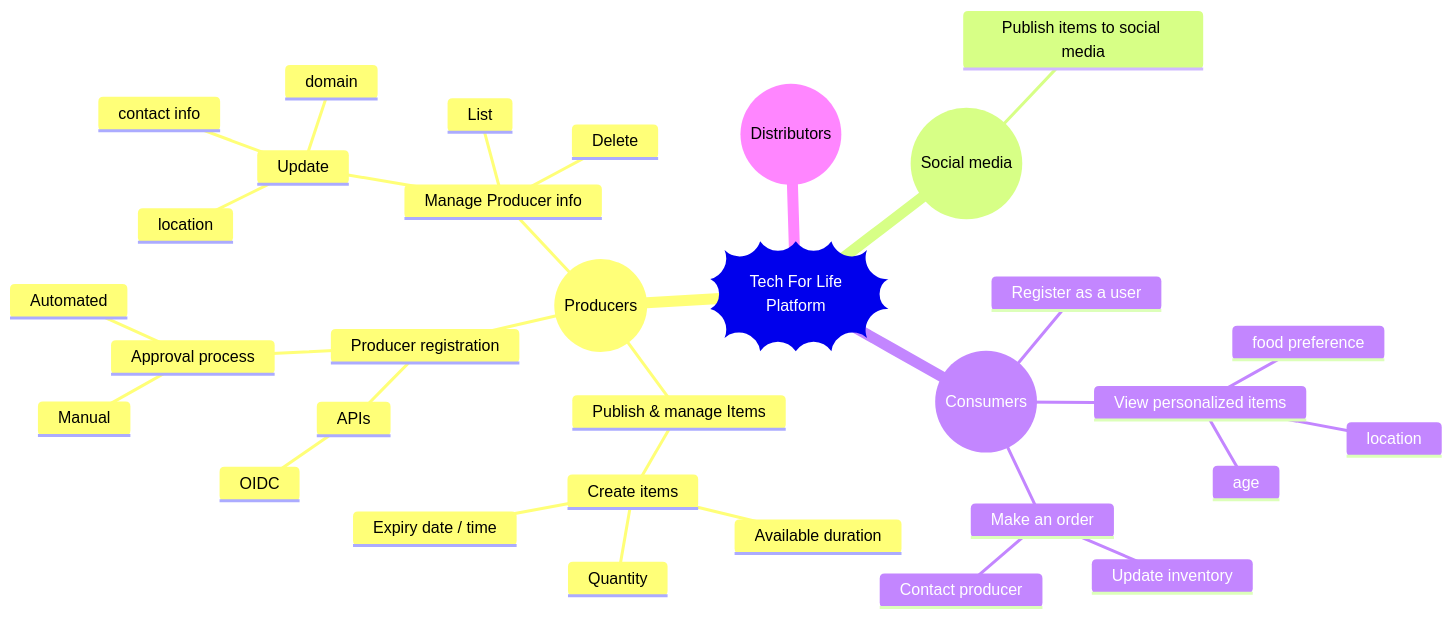
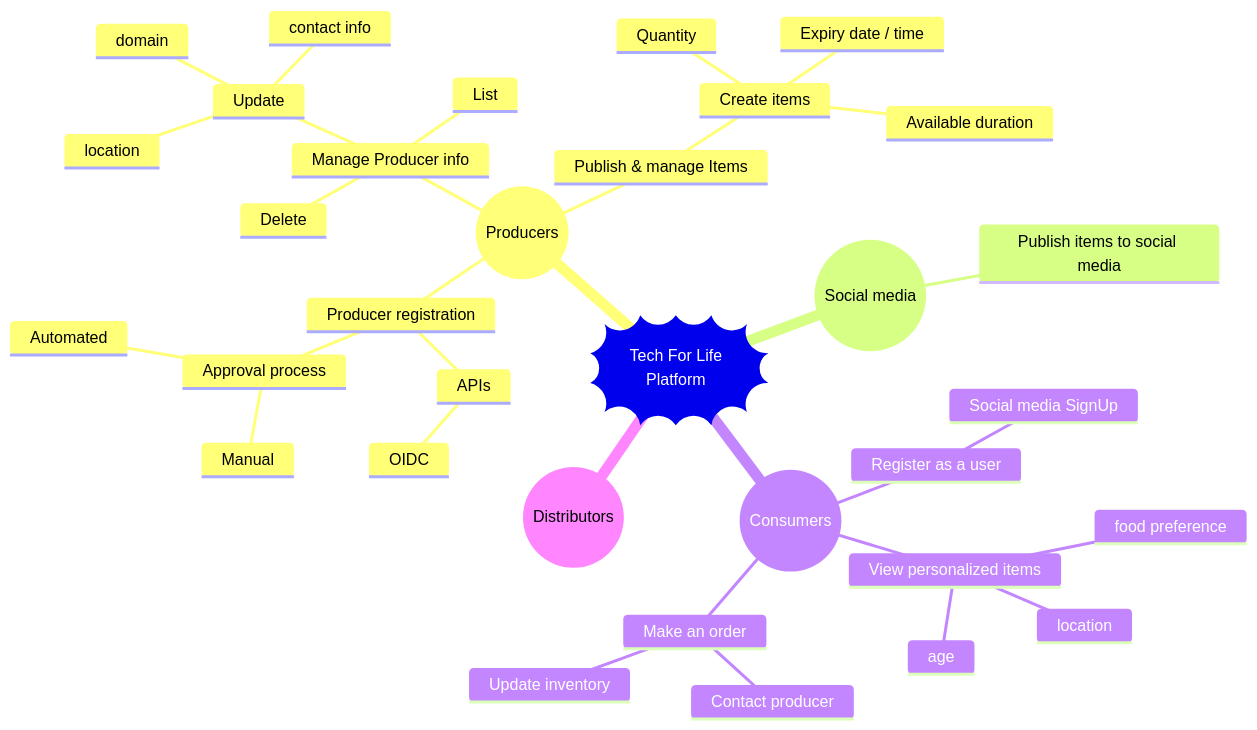
The first of 2 diagrams in README.md (foodforlife-sreejith824/tech-for-life), drawn with Mermaid before and after one commit. The commit also changed other lines of this file and 1 other file, not shown here.

````diff
--- a/README.md
+++ b/README.md
@@ -5,39 +5,40 @@
 ```mermaid
 mindmap
     root )) Tech For Life <br/> Platform ((
         Producer ((Producers)) 
             Producer registration
                 APIs
                     OIDC
                 Approval process
                     Automated
                     Manual
             Manage Producer info
                 List
                 Update
                     domain
                     contact info
                     location
                 Delete
             Publish & manage Items    
                 Create items
                     Quantity
                     Available duration
                     Expiry date / time
 
 
         Social media ((Social media))
             Publish items to social media
             
         Consumers ((Consumers))
             Register as a user
+                Social media SignUp
             View personalized items
                 location
                 food preference
                 age
             Make an order
                 Update inventory
                 Contact producer
         Distributors ((Distributors))        
 
 ```
````
